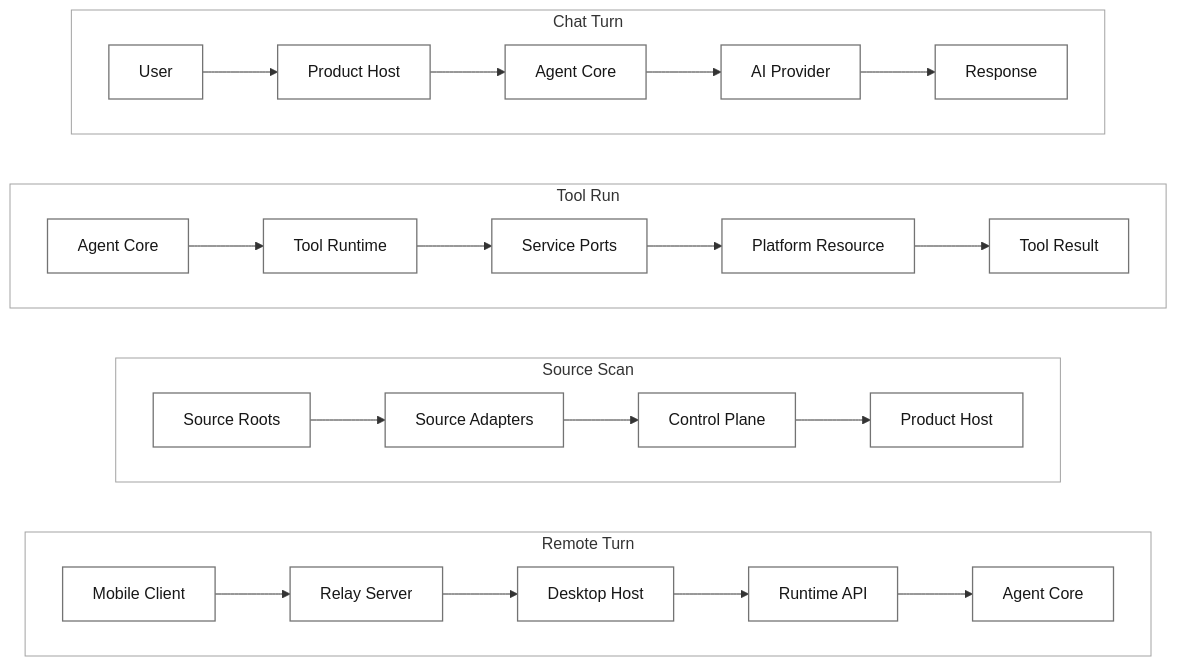
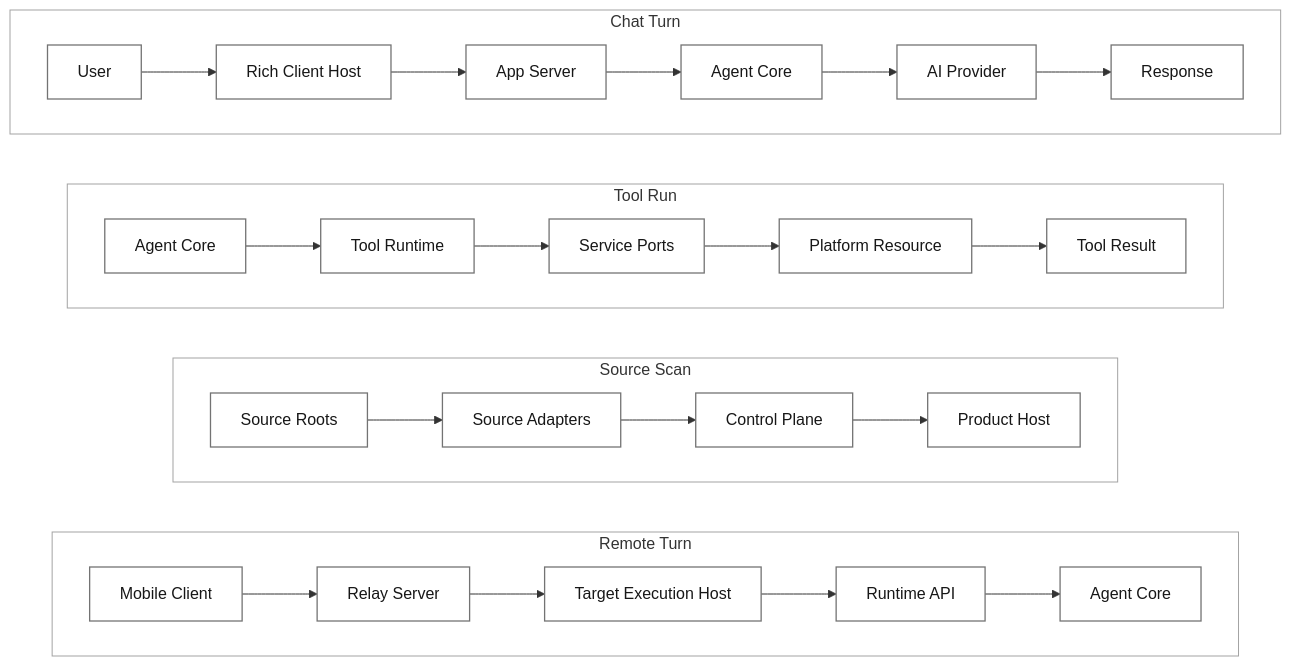
Before and after one commit to GCWing/BitFun: the fifth of 11 diagrams in docs/architecture/product-architecture.md, drawn with Mermaid. The commit also changed other lines of this file and 13 other files, not shown here.

Commit message:
feat(doct): add app server design

````diff
--- a/docs/architecture/product-architecture.md
+++ b/docs/architecture/product-architecture.md
@@ -372,31 +404,31 @@
 ```mermaid
 flowchart TB
   subgraph InteractiveTurn["Chat Turn"]
     direction LR
-    TurnUser["User"] --> TurnHost["Product Host"] --> TurnCore["Agent Core"] --> TurnProvider["AI Provider"] --> TurnResponse["Response"]
+    TurnUser["User"] --> TurnHost["Rich Client Host"] --> TurnApp["App Server"] --> TurnCore["Agent Core"] --> TurnProvider["AI Provider"] --> TurnResponse["Response"]
   end
 
   subgraph ToolExecution["Tool Run"]
     direction LR
     ToolCore["Agent Core"] --> ToolRuntime["Tool Runtime"] --> ToolPorts["Service Ports"] --> PlatformResource["Platform Resource"] --> ToolResult["Tool Result"]
   end
 
   subgraph SourceDiscovery["Source Scan"]
     direction LR
     SourceRoots["Source Roots"] --> SourceAdapters["Source Adapters"] --> ControlPlane["Control Plane"] --> SourceHost["Product Host"]
   end
 
   subgraph RemoteControl["Remote Turn"]
     direction LR
-    RemoteClient["Mobile Client"] --> RemoteRelay["Relay Server"] --> RemoteDesktop["Desktop Host"] --> RemoteAPI["Runtime API"] --> RemoteCore["Agent Core"]
+    RemoteClient["Mobile Client"] --> RemoteRelay["Relay Server"] --> RemoteDesktop["Target Execution Host"] --> RemoteAPI["Runtime API"] --> RemoteCore["Agent Core"]
   end
 
   InteractiveTurn ~~~ ToolExecution ~~~ SourceDiscovery ~~~ RemoteControl
 
   classDef step fill:#ffffff,stroke:#737373,stroke-width:1.3px,color:#171717;
-  class TurnUser,TurnHost,TurnCore,TurnProvider,TurnResponse,ToolCore,ToolRuntime,ToolPorts,PlatformResource,ToolResult,SourceRoots,SourceAdapters,ControlPlane,SourceHost,RemoteClient,RemoteRelay,RemoteDesktop,RemoteAPI,RemoteCore step;
+  class TurnUser,TurnHost,TurnApp,TurnCore,TurnProvider,TurnResponse,ToolCore,ToolRuntime,ToolPorts,PlatformResource,ToolResult,SourceRoots,SourceAdapters,ControlPlane,SourceHost,RemoteClient,RemoteRelay,RemoteDesktop,RemoteAPI,RemoteCore step;
   style InteractiveTurn fill:#ffffff,stroke:#a3a3a3;
   style ToolExecution fill:#ffffff,stroke:#a3a3a3;
   style SourceDiscovery fill:#ffffff,stroke:#a3a3a3;
   style RemoteControl fill:#ffffff,stroke:#a3a3a3;
 ```
````
